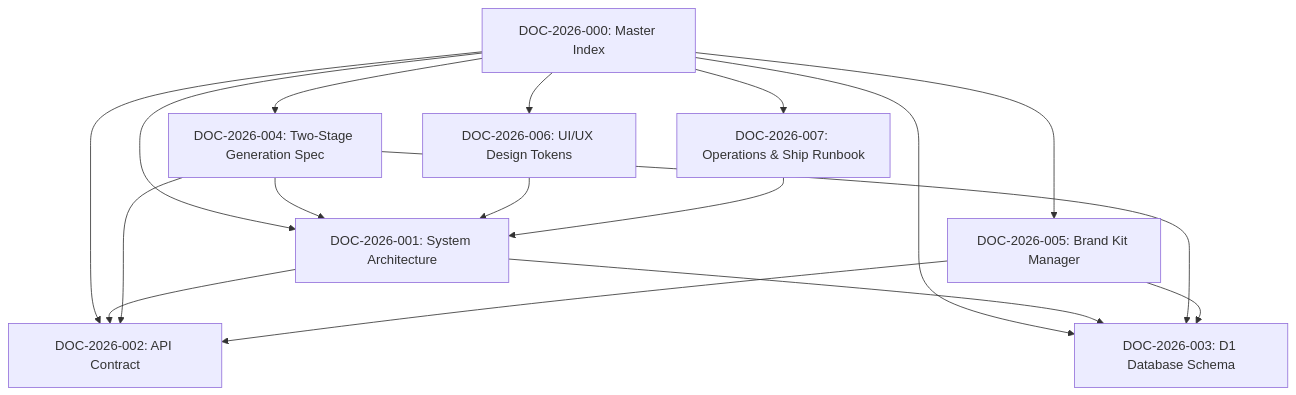
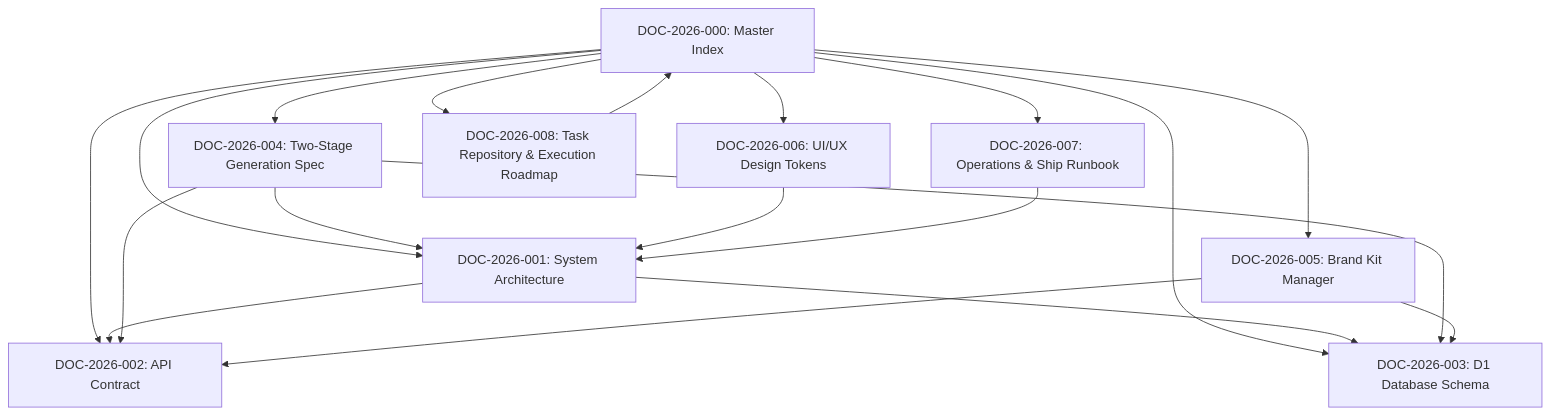
One commit to jaisankarpeddiboyina-creator/bypostmaker changed the diagram in docs/docs-index.md. Above: the diagram before and after it, drawn with Mermaid. The commit also changed other lines of this file and 53 other files, not shown here.

````diff
--- a/docs/docs-index.md
+++ b/docs/docs-index.md
@@ -24,20 +24,22 @@
 ```mermaid
 graph TD
     DOC0["DOC-2026-000: Master Index"] --> DOC1["DOC-2026-001: System Architecture"]
     DOC0 --> DOC2["DOC-2026-002: API Contract"]
     DOC0 --> DOC3["DOC-2026-003: D1 Database Schema"]
     DOC0 --> DOC4["DOC-2026-004: Two-Stage Generation Spec"]
     DOC0 --> DOC5["DOC-2026-005: Brand Kit Manager"]
     DOC0 --> DOC6["DOC-2026-006: UI/UX Design Tokens"]
     DOC0 --> DOC7["DOC-2026-007: Operations & Ship Runbook"]
+    DOC0 --> DOC8["DOC-2026-008: Task Repository & Execution Roadmap"]
 
     DOC1 --> DOC2
     DOC1 --> DOC3
     DOC4 --> DOC1
     DOC4 --> DOC2
     DOC4 --> DOC3
     DOC5 --> DOC2
     DOC5 --> DOC3
     DOC6 --> DOC1
     DOC7 --> DOC1
+    DOC8 --> DOC0
 ```
````
